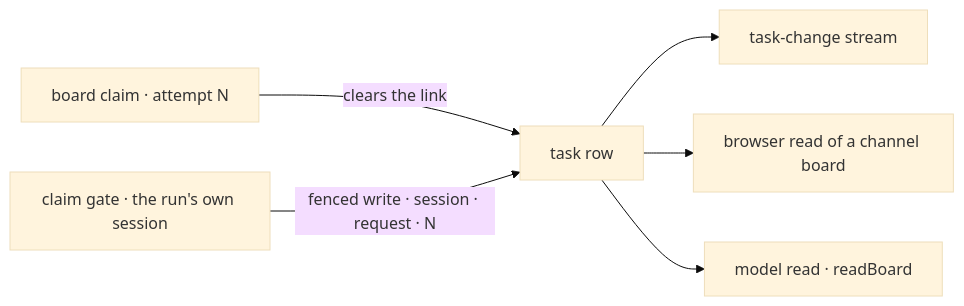
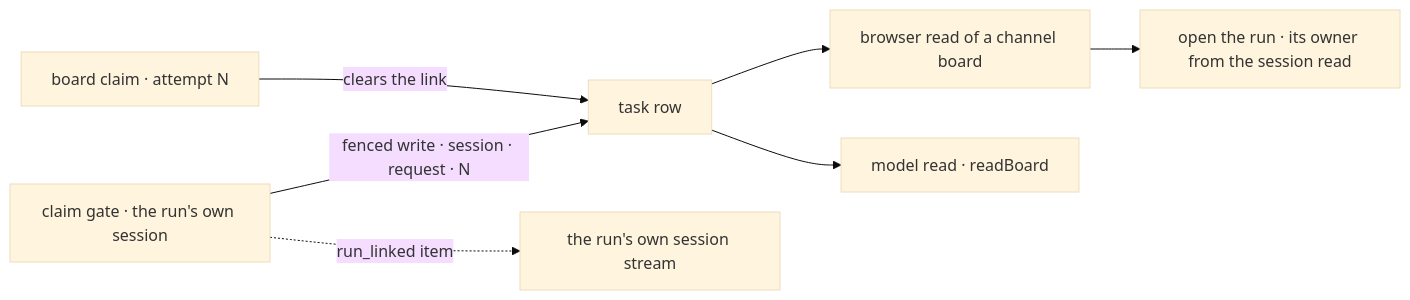
Before and after one commit to fixpoint-labs/flow-state-dev: the second of 2 diagrams in specs/issues/FIX-1668/SPEC.md, drawn with Mermaid (base theme). The commit also changed other lines of this file and 4 other files, not shown here.

````diff
--- a/specs/issues/FIX-1668/SPEC.md
+++ b/specs/issues/FIX-1668/SPEC.md
@@ -76,8 +76,9 @@
 ```mermaid
 flowchart LR
   C["board claim · attempt N"] -->|"clears the link"| T["task row"]
   G["claim gate · the run's own session"] -->|"fenced write · session · request · N"| T
-  T --> S["task-change stream"]
+  G -.->|"run_linked item"| S["the run's own session stream"]
   T --> B["browser read of a channel board"]
   T --> M["model read · readBoard"]
+  B --> O["open the run · its owner from the session read"]
 ```
````
